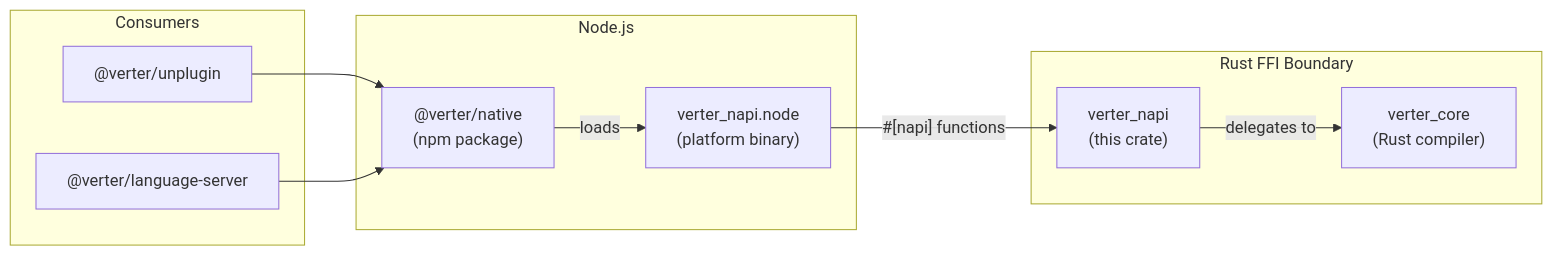
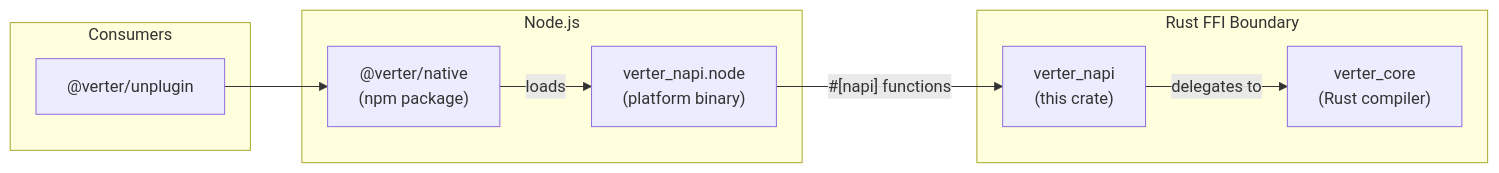
One commit to pikax/verter changed the first of 2 diagrams in crates/verter_napi/README.md. Above: the diagram before and after it, drawn with Mermaid. The commit also changed 569 other files, not shown here.

````diff
--- a/crates/verter_napi/README.md
+++ b/crates/verter_napi/README.md
@@ -10,16 +10,15 @@
 ```mermaid
 graph LR
     subgraph "Node.js"
         A["@verter/native<br/>(npm package)"] -->|loads| B["verter_napi.node<br/>(platform binary)"]
     end
 
     subgraph "Rust FFI Boundary"
         B -->|"#[napi] functions"| C["verter_napi<br/>(this crate)"]
         C -->|delegates to| D["verter_core<br/>(Rust compiler)"]
     end
 
     subgraph "Consumers"
         E["@verter/unplugin"] --> A
-        F["@verter/language-server"] --> A
     end
 ```
````
